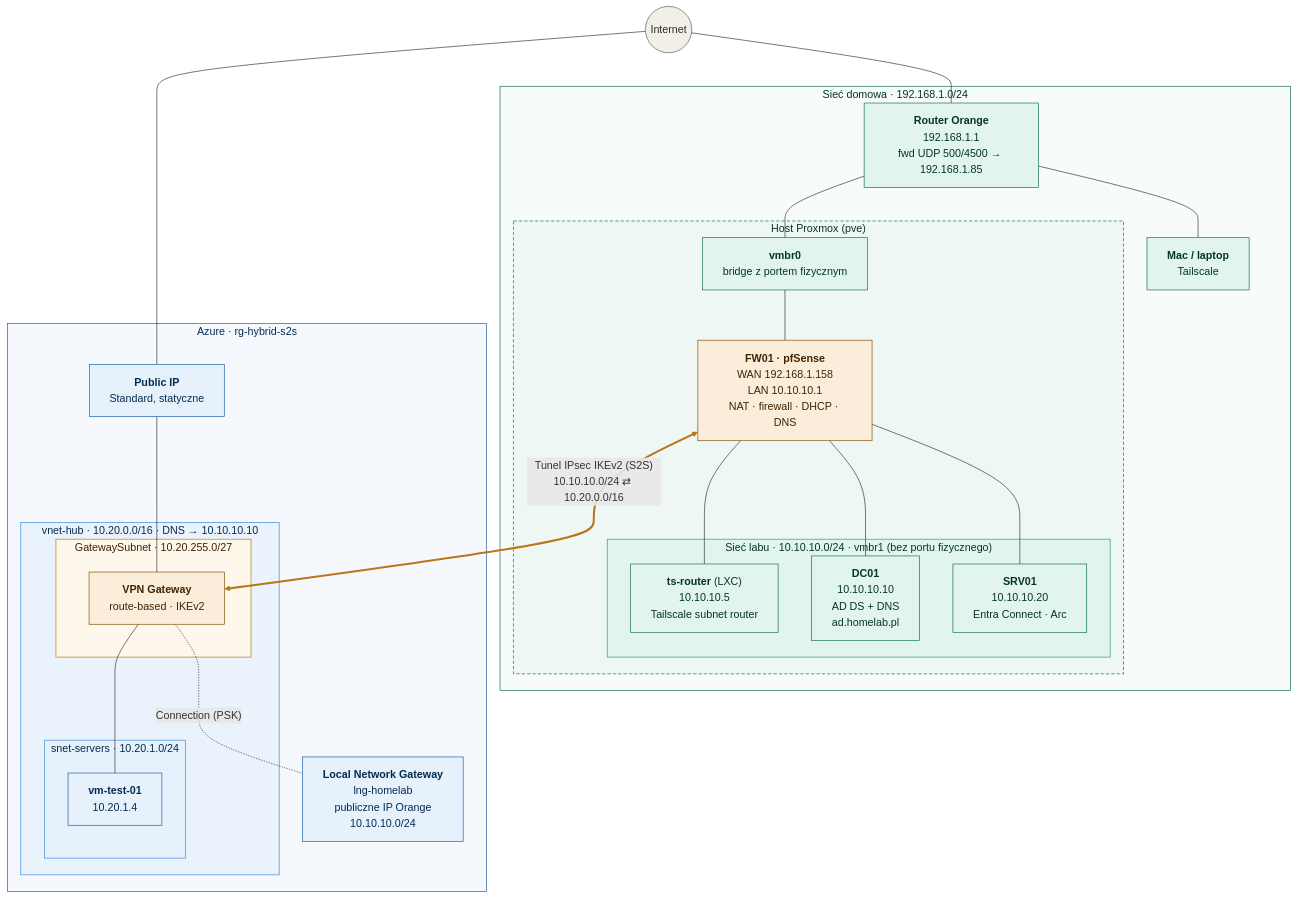
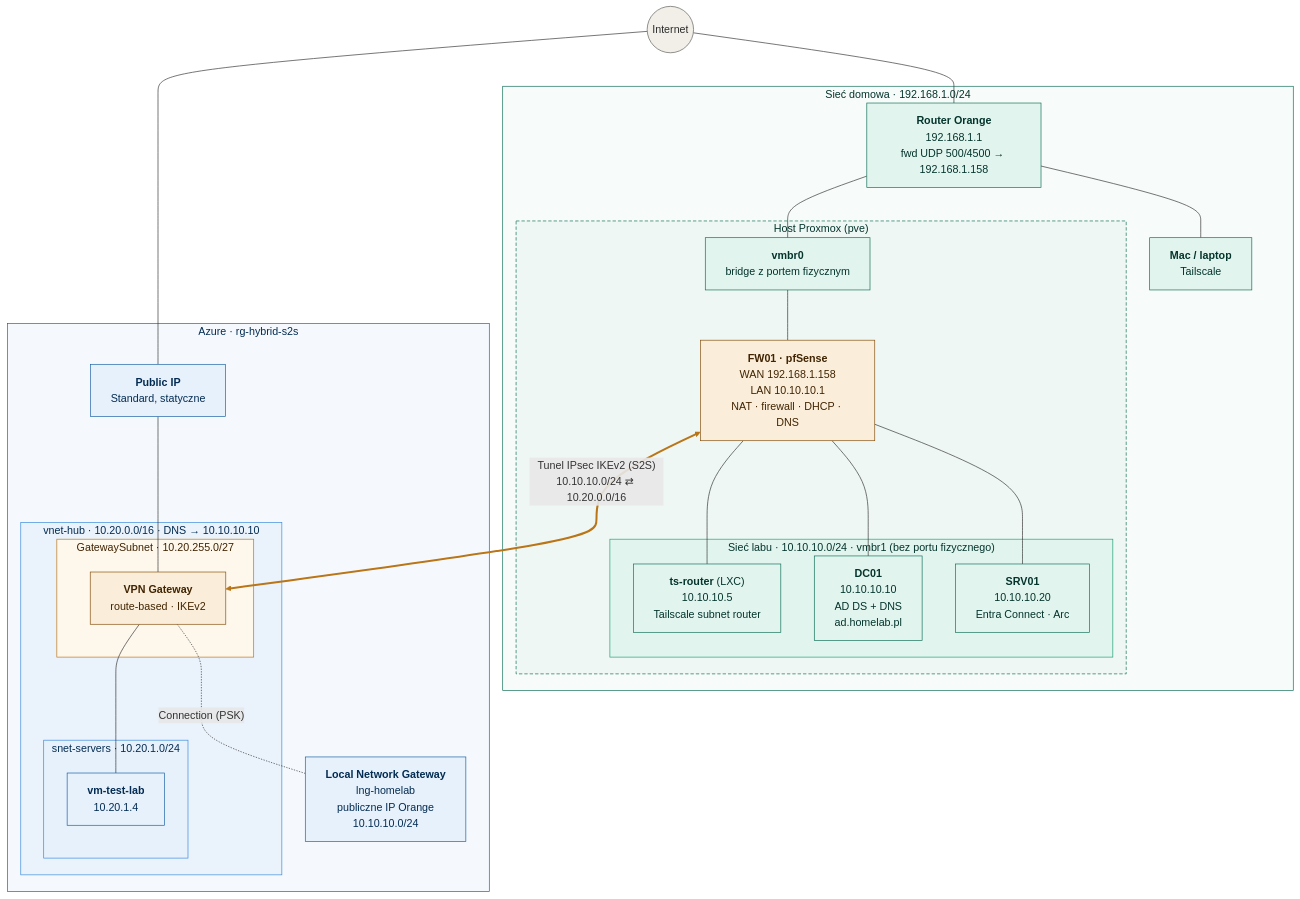
The first of 2 diagrams in README.md (Kanigzzz/hybrid-s2s), drawn with Mermaid before and after one commit. The commit also changed other lines of this file and 24 other files, not shown here.

````diff
--- a/README.md
+++ b/README.md
@@ -8,64 +7,64 @@
 ```mermaid
 flowchart TB
     INET(("Internet"))
 
     subgraph HOME["Sieć domowa · 192.168.1.0/24"]
-        ORANGE["<b>Router Orange</b><br/>192.168.1.1<br/>fwd UDP 500/4500 → 192.168.1.85"]
+        ORANGE["<b>Router Orange</b><br/>192.168.1.1<br/>fwd UDP 500/4500 → 192.168.1.158"]
         MAC["<b>Mac / laptop</b><br/>Tailscale"]
         subgraph PVE["Host Proxmox (pve)"]
             VMBR0["<b>vmbr0</b><br/>bridge z portem fizycznym"]
             FW01["<b>FW01 · pfSense</b><br/>WAN 192.168.1.158<br/>LAN 10.10.10.1<br/>NAT · firewall · DHCP · DNS"]
             subgraph LAB["Sieć labu · 10.10.10.0/24 · vmbr1 (bez portu fizycznego)"]
                 TS["<b>ts-router</b> (LXC)<br/>10.10.10.5<br/>Tailscale subnet router"]
                 DC01["<b>DC01</b><br/>10.10.10.10<br/>AD DS + DNS<br/>ad.homelab.pl"]
                 SRV01["<b>SRV01</b><br/>10.10.10.20<br/>Entra Connect · Arc"]
             end
         end
     end
 
     subgraph AZ["Azure · rg-hybrid-s2s"]
         PIP["<b>Public IP</b><br/>Standard, statyczne"]
         LNG["<b>Local Network Gateway</b><br/>lng-homelab<br/>publiczne IP Orange<br/>10.10.10.0/24"]
         subgraph VNET["vnet-hub · 10.20.0.0/16 · DNS → 10.10.10.10"]
             subgraph GWS["GatewaySubnet · 10.20.255.0/27"]
                 VGW["<b>VPN Gateway</b><br/>route-based · IKEv2"]
             end
             subgraph SNET["snet-servers · 10.20.1.0/24"]
-                VM["<b>vm-test-01</b><br/>10.20.1.4"]
+                VM["<b>vm-test-lab</b><br/>10.20.1.4"]
             end
         end
     end
 
     INET --- ORANGE
     INET --- PIP
     ORANGE --- MAC
     ORANGE --- VMBR0
     VMBR0 --- FW01
     FW01 --- TS
     FW01 --- DC01
     FW01 --- SRV01
     PIP --- VGW
     VGW --- VM
     VGW -. "Connection (PSK)" .- LNG
     FW01 <== "Tunel IPsec IKEv2 (S2S)<br/>10.10.10.0/24 ⇄ 10.20.0.0/16" ==> VGW
 
     classDef onprem fill:#E1F5EE,stroke:#0F6E56,color:#04342C
     classDef azure fill:#E6F1FB,stroke:#185FA5,color:#042C53
     classDef gw fill:#FAEEDA,stroke:#854F0B,color:#412402
     classDef net fill:#F1EFE8,stroke:#5F5E5A,color:#2C2C2A
 
     class ORANGE,MAC,VMBR0,TS,DC01,SRV01 onprem
     class PIP,LNG,VM azure
     class FW01,VGW gw
     class INET net
 
     style HOME fill:#F7FBF9,stroke:#0F6E56,color:#04342C
     style PVE fill:#EEF7F3,stroke:#0F6E56,color:#04342C,stroke-dasharray:5 3
     style LAB fill:#E1F5EE,stroke:#1D9E75,color:#04342C
     style AZ fill:#F5F9FD,stroke:#185FA5,color:#042C53
     style VNET fill:#EAF2FB,stroke:#378ADD,color:#042C53
     style GWS fill:#FDF7EC,stroke:#BA7517,color:#412402
     style SNET fill:#E6F1FB,stroke:#378ADD,color:#042C53
 
     linkStyle 11 stroke:#BA7517,stroke-width:3px
 ```
````
